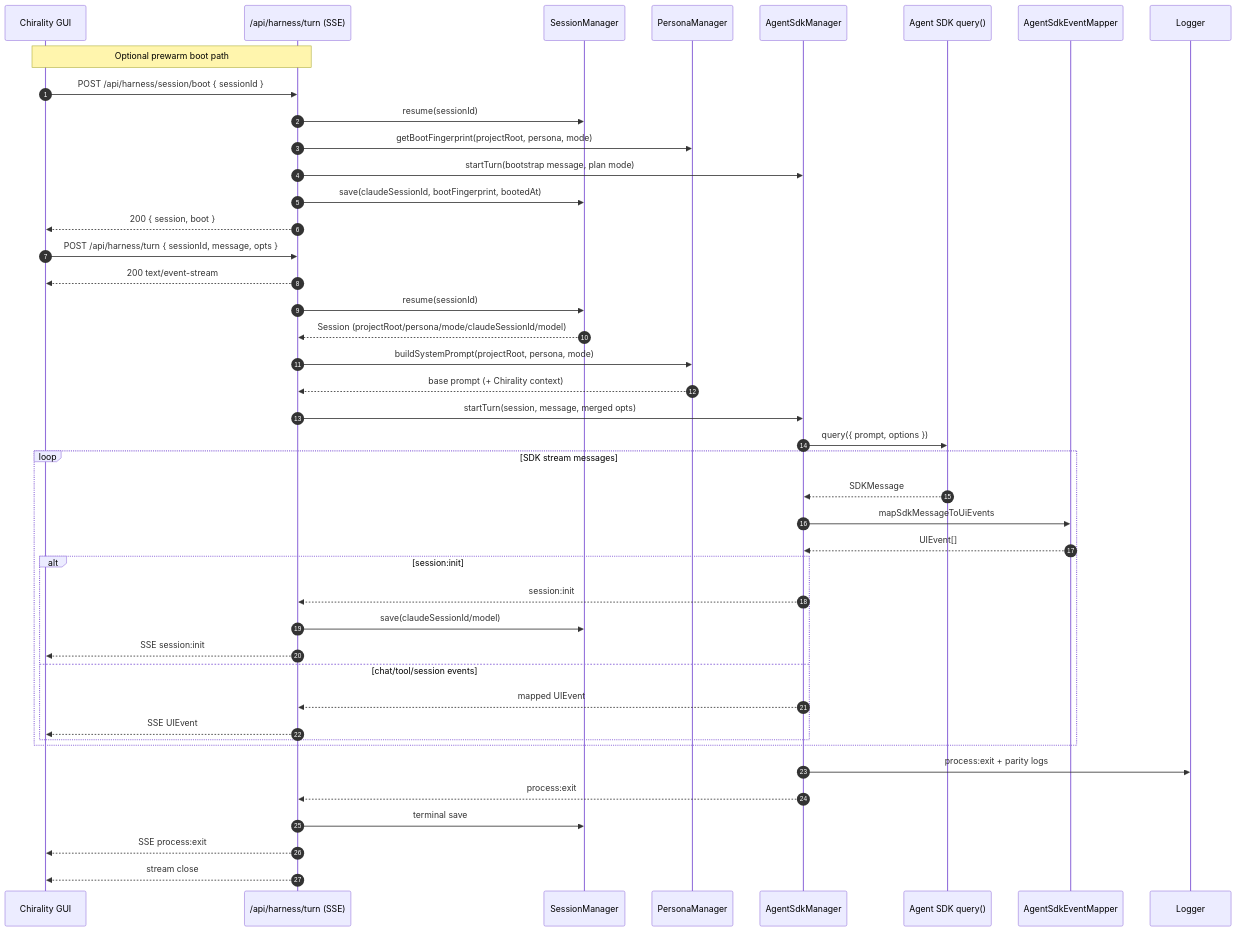
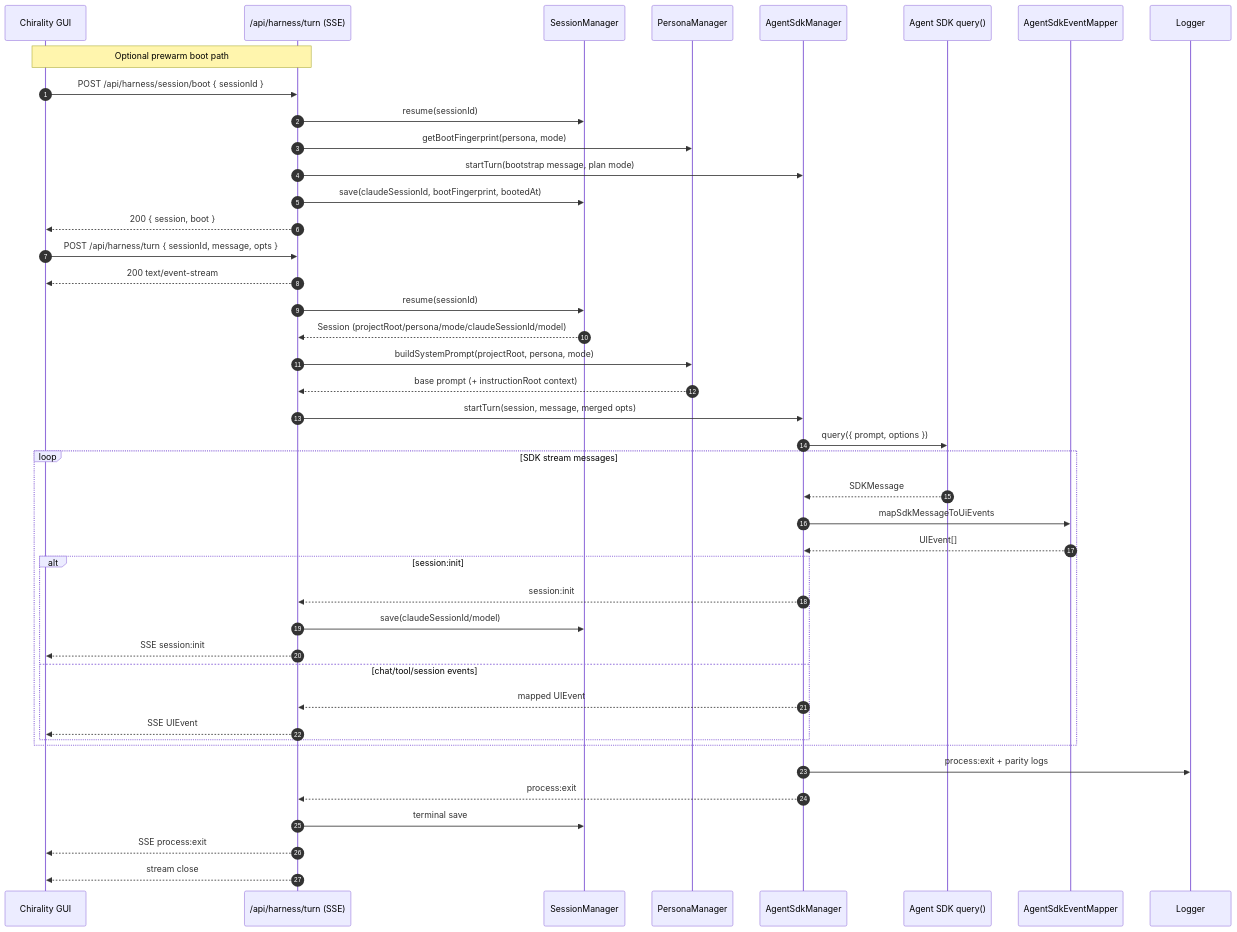
Before and after one commit to sgttomas/chirality-app: the third of 3 diagrams in frontend/docs/harness/chirality_harness_graphs_and_sequence.md, drawn with Mermaid. The commit also changed 28 other files, not shown here.

````diff
--- a/frontend/docs/harness/chirality_harness_graphs_and_sequence.md
+++ b/frontend/docs/harness/chirality_harness_graphs_and_sequence.md
@@ -77,53 +77,53 @@
 ```mermaid
 sequenceDiagram
   autonumber
   participant GUI as Chirality GUI
   participant API as /api/harness/turn (SSE)
   participant SS as SessionManager
   participant PM as PersonaManager
   participant ASM as AgentSdkManager
   participant SDK as Agent SDK query()
   participant MAP as AgentSdkEventMapper
   participant LOG as Logger
 
   Note over GUI,API: Optional prewarm boot path
   GUI->>API: POST /api/harness/session/boot { sessionId }
   API->>SS: resume(sessionId)
-  API->>PM: getBootFingerprint(projectRoot, persona, mode)
+  API->>PM: getBootFingerprint(persona, mode)
   API->>ASM: startTurn(bootstrap message, plan mode)
   API->>SS: save(claudeSessionId, bootFingerprint, bootedAt)
   API-->>GUI: 200 { session, boot }
 
   GUI->>API: POST /api/harness/turn { sessionId, message, opts }
   API-->>GUI: 200 text/event-stream
 
   API->>SS: resume(sessionId)
   SS-->>API: Session (projectRoot/persona/mode/claudeSessionId/model)
 
   API->>PM: buildSystemPrompt(projectRoot, persona, mode)
-  PM-->>API: base prompt (+ Chirality context)
+  PM-->>API: base prompt (+ instructionRoot context)
 
   API->>ASM: startTurn(session, message, merged opts)
   ASM->>SDK: query({ prompt, options })
 
   loop SDK stream messages
     SDK-->>ASM: SDKMessage
     ASM->>MAP: mapSdkMessageToUiEvents
     MAP-->>ASM: UIEvent[]
 
     alt session:init
       ASM-->>API: session:init
       API->>SS: save(claudeSessionId/model)
       API-->>GUI: SSE session:init
     else chat/tool/session events
       ASM-->>API: mapped UIEvent
       API-->>GUI: SSE UIEvent
     end
   end
 
   ASM->>LOG: process:exit + parity logs
   ASM-->>API: process:exit
   API->>SS: terminal save
   API-->>GUI: SSE process:exit
   API-->>GUI: stream close
 ```
````
